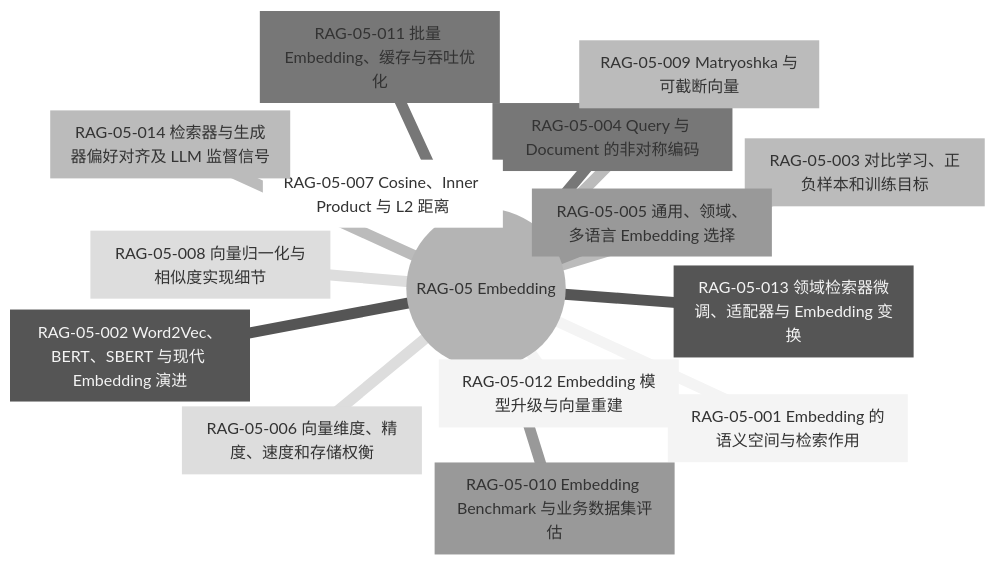
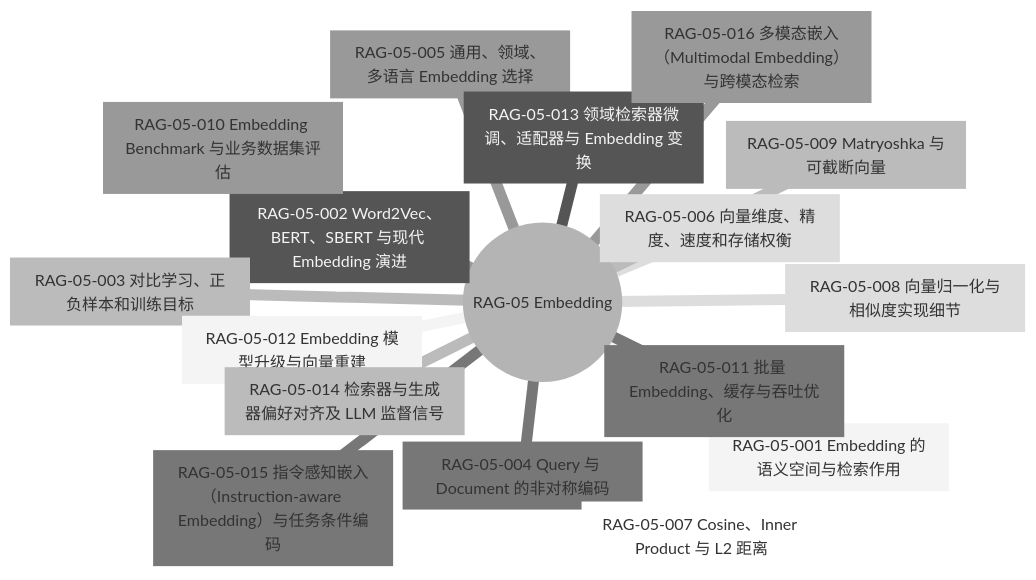
The diagram in learning/rag/draft-modules/rag-05.md (SodaWWater/AI-Learn), drawn with Mermaid (neutral theme) before and after one commit. The commit also changed other lines of this file and 14 other files, not shown here.

````diff
--- a/learning/rag/draft-modules/rag-05.md
+++ b/learning/rag/draft-modules/rag-05.md
@@ -5,18 +5,20 @@
 ```mermaid
 mindmap
   root(("RAG-05 Embedding"))
     RAG_05_001["RAG-05-001 Embedding 的语义空间与检索作用"]
     RAG_05_002["RAG-05-002 Word2Vec、BERT、SBERT 与现代 Embedding 演进"]
     RAG_05_003["RAG-05-003 对比学习、正负样本和训练目标"]
     RAG_05_004["RAG-05-004 Query 与 Document 的非对称编码"]
     RAG_05_005["RAG-05-005 通用、领域、多语言 Embedding 选择"]
     RAG_05_006["RAG-05-006 向量维度、精度、速度和存储权衡"]
     RAG_05_007["RAG-05-007 Cosine、Inner Product 与 L2 距离"]
     RAG_05_008["RAG-05-008 向量归一化与相似度实现细节"]
     RAG_05_009["RAG-05-009 Matryoshka 与可截断向量"]
     RAG_05_010["RAG-05-010 Embedding Benchmark 与业务数据集评估"]
     RAG_05_011["RAG-05-011 批量 Embedding、缓存与吞吐优化"]
     RAG_05_012["RAG-05-012 Embedding 模型升级与向量重建"]
     RAG_05_013["RAG-05-013 领域检索器微调、适配器与 Embedding 变换"]
     RAG_05_014["RAG-05-014 检索器与生成器偏好对齐及 LLM 监督信号"]
+    RAG_05_015["RAG-05-015 指令感知嵌入（Instruction-aware Embedding）与任务条件编码"]
+    RAG_05_016["RAG-05-016 多模态嵌入（Multimodal Embedding）与跨模态检索"]
 ```
````
